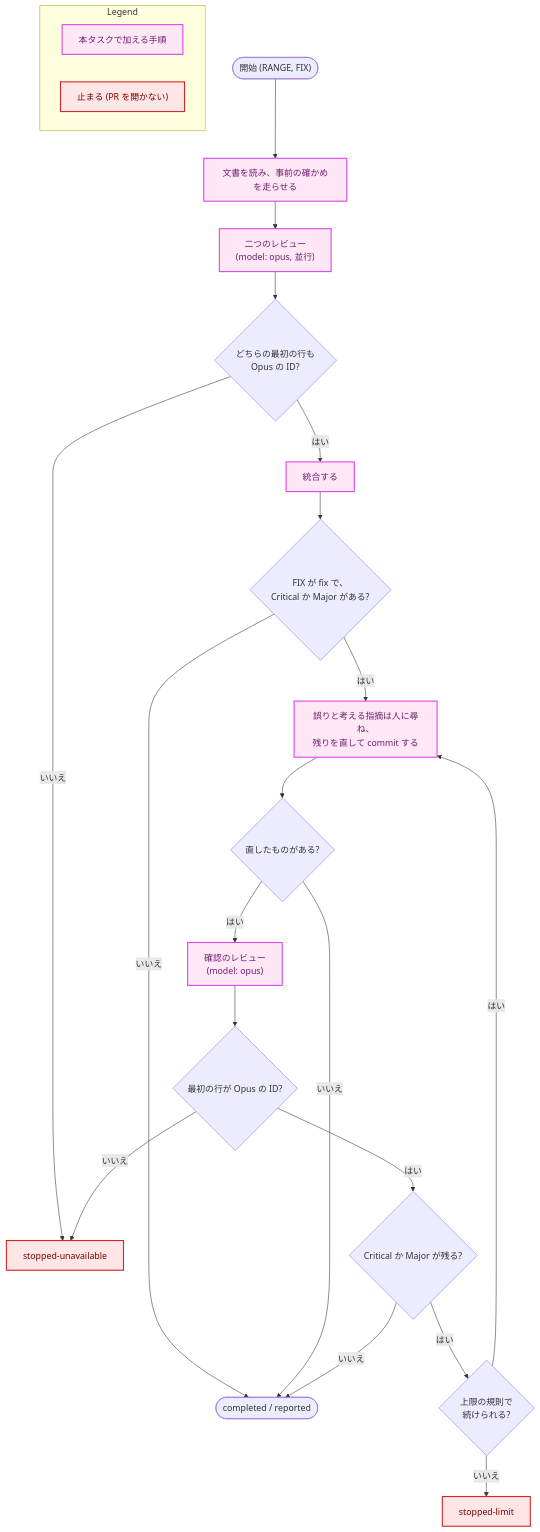
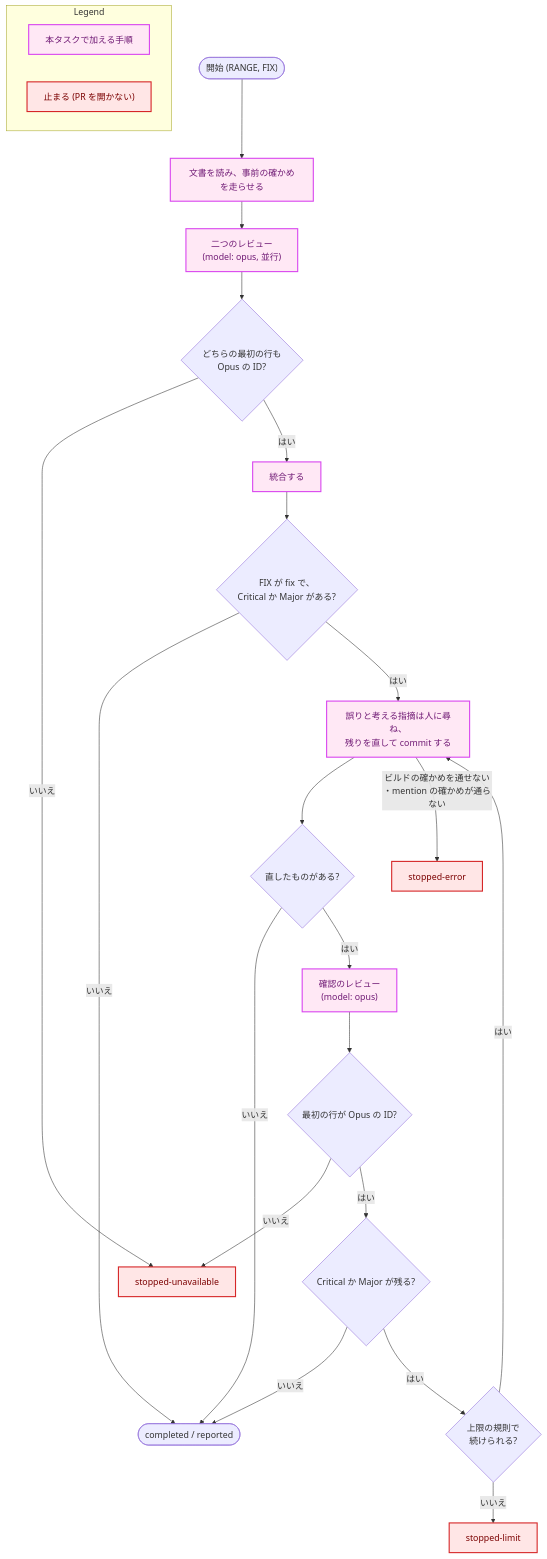
The fifth of 5 diagrams in docs/tasks/0081_implementation_model_choice/02_architecture.md (isseis/yt2column), drawn with Mermaid before and after one commit. The commit also changed other lines of this file and 2 other files, not shown here.

First line of the commit message:
docs(0081): carry stopped-error through the architecture's tables and figure

````diff
--- a/docs/tasks/0081_implementation_model_choice/02_architecture.md
+++ b/docs/tasks/0081_implementation_model_choice/02_architecture.md
@@ -599,34 +601,35 @@
 ```mermaid
 flowchart TD
     classDef newpkg fill:#ffe8f5,stroke:#d946ef,stroke-width:2px,color:#701a75;
     classDef problem fill:#ffe6e6,stroke:#d62728,stroke-width:2px,color:#7b0000;
 
     S(["開始 (RANGE, FIX)"]) --> Pre["文書を読み、事前の確かめを走らせる"]
     Pre --> Panel["二つのレビュー<br>(model: opus, 並行)"]
     Panel --> Chk{"どちらの最初の行も<br>Opus の ID?"}
     Chk -->|"いいえ"| Stop1["stopped-unavailable"]
     Chk -->|"はい"| Syn["統合する"]
     Syn --> Fix{"FIX が fix で、<br>Critical か Major がある?"}
     Fix -->|"いいえ"| Out(["completed / reported"])
     Fix -->|"はい"| Ask["誤りと考える指摘は人に尋ね、<br>残りを直して commit する"]
     Ask --> Any{"直したものがある?"}
     Any -->|"いいえ"| Out
     Any -->|"はい"| Verify["確認のレビュー<br>(model: opus)"]
     Verify --> Chk2{"最初の行が Opus の ID?"}
     Chk2 -->|"いいえ"| Stop1
     Chk2 -->|"はい"| Left{"Critical か Major が残る?"}
     Left -->|"いいえ"| Out
     Left -->|"はい"| Limit{"上限の規則で<br>続けられる?"}
     Limit -->|"はい"| Ask
     Limit -->|"いいえ"| Stop2["stopped-limit"]
+    Ask -->|"ビルドの確かめを通せない<br>・mention の確かめが通らない"| Stop3["stopped-error"]
 
     class Pre,Panel,Syn,Ask,Verify newpkg
-    class Stop1,Stop2 problem
+    class Stop1,Stop2,Stop3 problem
 
     subgraph Legend["Legend"]
         L1["本タスクで加える手順"]
         L2["止まる (PR を開かない)"]
     end
     class L1 newpkg
     class L2 problem
 ```
````
